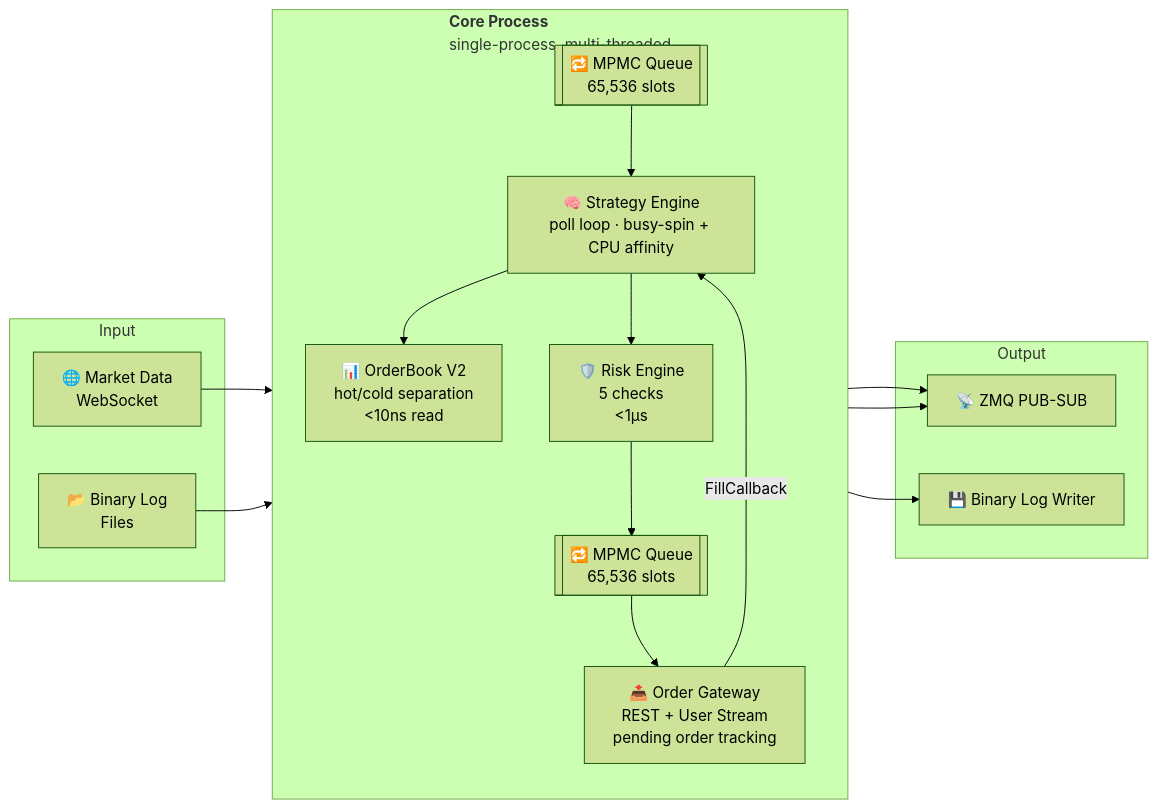
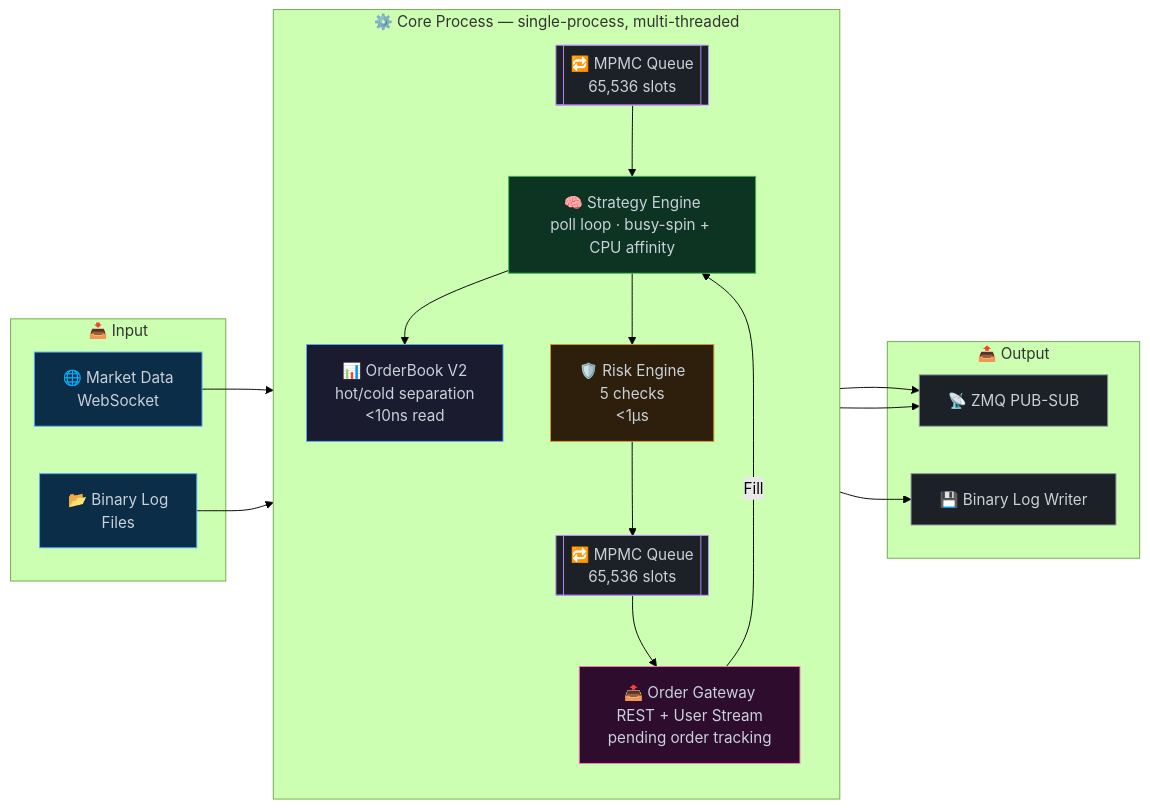
One commit to leafxuzm/trading_engine changed the first of 2 diagrams in README.md. Above: the diagram before and after it, drawn with Mermaid (forest theme). The commit also changed other lines of this file and 1 other file, not shown here.

Commit message:
README: color-coded Mermaid diagrams for Architecture + Dependency Layering, fix GCC __int128 is_signed specialization

````diff
--- a/README.md
+++ b/README.md
@@ -34,34 +34,50 @@
 ```mermaid
 flowchart LR
-    subgraph Input
+    classDef input fill:#0c2d48,stroke:#58a6ff,color:#c9d1d9
+    classDef queue fill:#1c2128,stroke:#bc8cff,color:#c9d1d9
+    classDef engine fill:#0d3323,stroke:#3fb950,color:#c9d1d9
+    classDef book fill:#1b1b2f,stroke:#58a6ff,color:#c9d1d9
+    classDef risk fill:#2d1f0c,stroke:#d2991d,color:#c9d1d9
+    classDef gateway fill:#2d0c2d,stroke:#f778ba,color:#c9d1d9
+    classDef output fill:#1c2128,stroke:#8b949e,color:#c9d1d9
+
+    subgraph Input["📥 Input"]
         MD[🌐 Market Data<br/>WebSocket]
         LOG[📂 Binary Log<br/>Files]
     end
 
-    subgraph Core["<b>Core Process</b><br/>single-process, multi-threaded"]
+    subgraph Core["⚙️ Core Process — single-process, multi-threaded"]
         direction TB
         Q1[["🔁 MPMC Queue<br/>65,536 slots"]]
         SE["🧠 Strategy Engine<br/>poll loop · busy-spin + CPU affinity"]
-        OB["📊 OrderBook V2<br/>hot/cold separation<br/><10ns read"]
-        RE["🛡️ Risk Engine<br/>5 checks<br/><1μs"]
+        OB["📊 OrderBook V2<br/>hot/cold separation<br/>&lt;10ns read"]
+        RE["🛡️ Risk Engine<br/>5 checks<br/>&lt;1μs"]
         Q2[["🔁 MPMC Queue<br/>65,536 slots"]]
         OG["📤 Order Gateway<br/>REST + User Stream<br/>pending order tracking"]
     end
 
-    subgraph Output
+    subgraph Output["📤 Output"]
         ZMQ["📡 ZMQ PUB-SUB"]
         LOGOUT["💾 Binary Log Writer"]
     end
 
     MD --> Q1
     LOG --> Q1
     Q1 --> SE
     SE --> OB
     SE --> RE
     RE --> Q2
     Q2 --> OG
-    OG -->|"FillCallback"| SE
+    OG -->|"Fill"| SE
     OG --> ZMQ
     SE --> ZMQ
     SE --> LOGOUT
+
+    class MD,LOG input
+    class Q1,Q2 queue
+    class SE engine
+    class OB book
+    class RE risk
+    class OG gateway
+    class ZMQ,LOGOUT output
 ```
````
